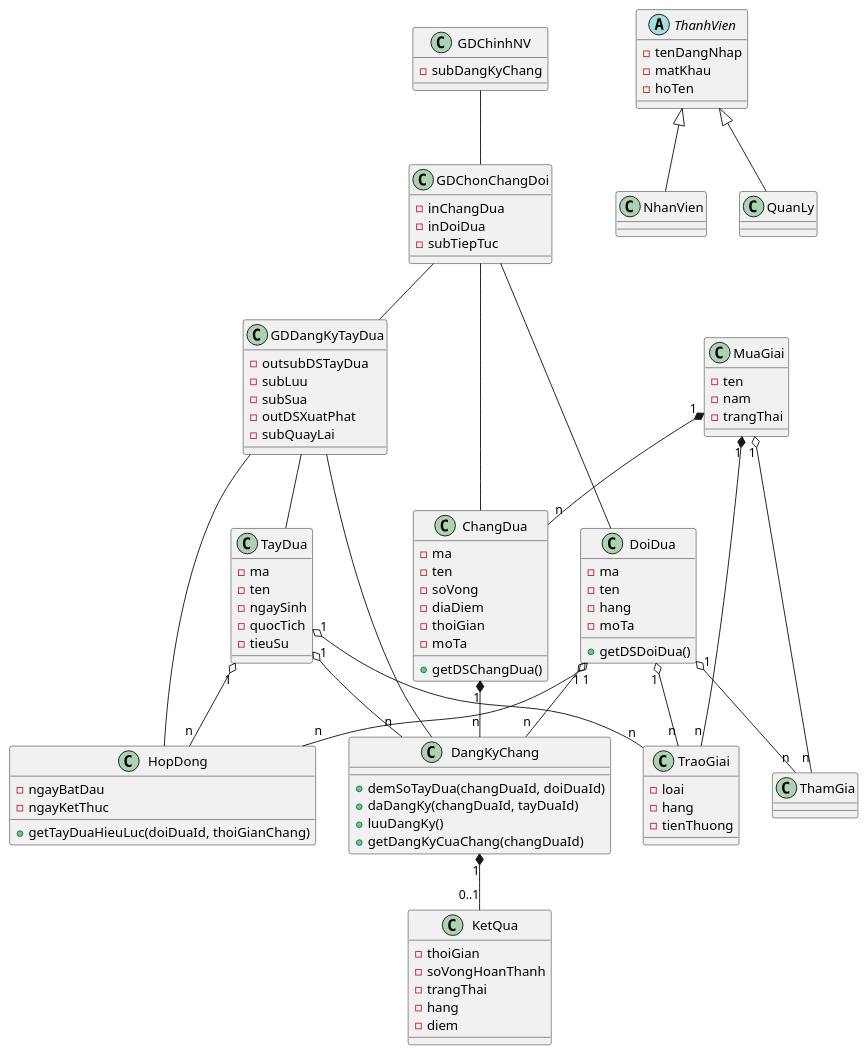
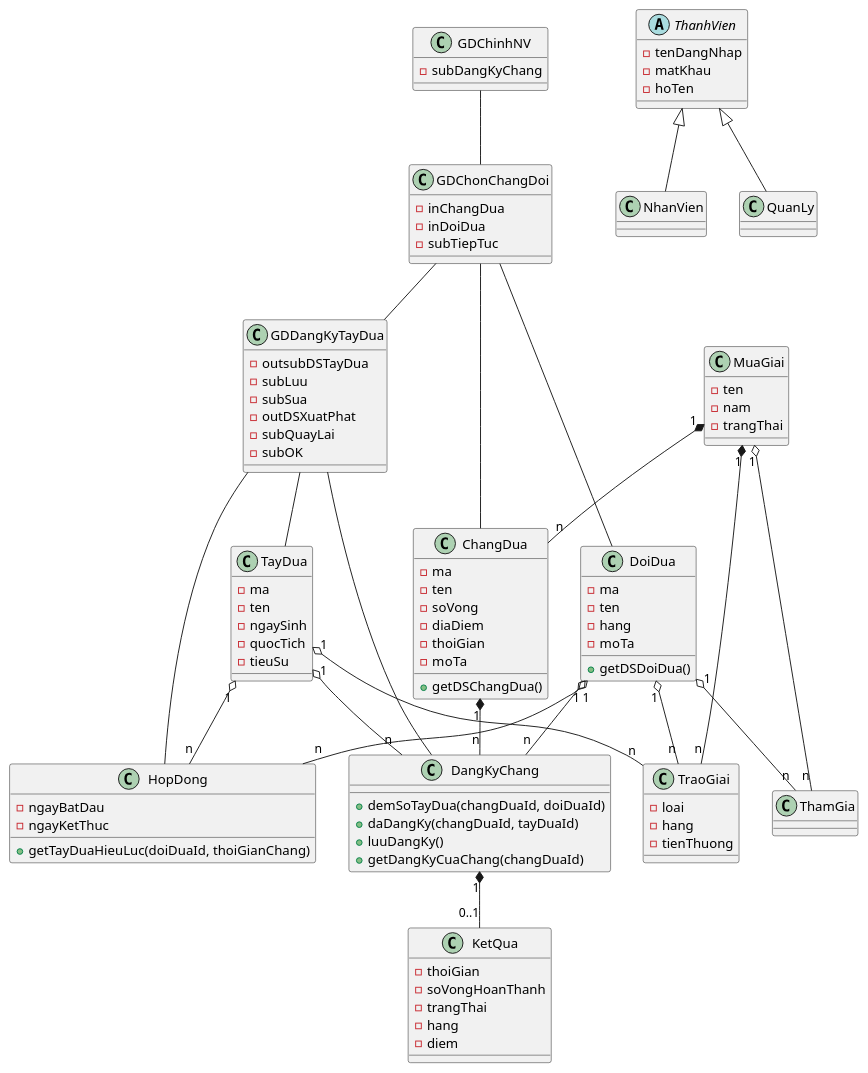
Before and after one commit to 7gho/CNPM-He2026: the third of 6 diagrams in Module 2 - Kin/noi-dung.md, drawn with PlantUML. The commit also changed other lines of this file and 23 other files, not shown here.

```diff
--- a/Module 2 - Kin/noi-dung.md
+++ b/Module 2 - Kin/noi-dung.md
@@ -236,6 +251,7 @@
   -subSua
   -outDSXuatPhat
   -subQuayLai
+  -subOK
 }
 
 class MuaGiai {
```
